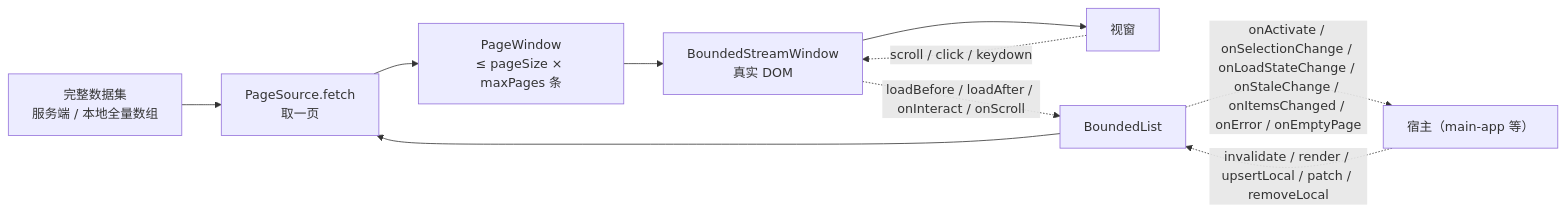
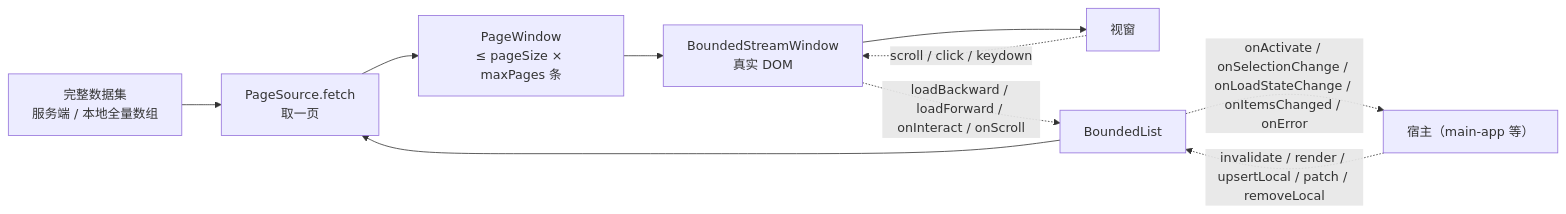
Before and after one commit to dacez/yimsg: the second of 5 diagrams in packages/uikit/docs/boundedlist/组件设计.md, drawn with Mermaid. The commit also changed other lines of this file and 5 other files, not shown here.

First line of the commit message:
docs(uikit): 同步 BoundedList 四批改动的文档

````diff
--- a/packages/uikit/docs/boundedlist/组件设计.md
+++ b/packages/uikit/docs/boundedlist/组件设计.md
@@ -111,15 +111,15 @@
 ```mermaid
 flowchart LR
     SRC["完整数据集<br/>服务端 / 本地全量数组"]
     PS["PageSource.fetch<br/>取一页"]
     PW["PageWindow<br/>≤ pageSize × maxPages 条"]
     SW["BoundedStreamWindow<br/>真实 DOM"]
     V["视窗"]
 
     SRC --> PS --> PW --> SW --> V
     V -. "scroll / click / keydown" .-> SW
-    SW -. "loadBefore / loadAfter / onInteract / onScroll" .-> BL["BoundedList"]
+    SW -. "loadBackward / loadForward / onInteract / onScroll" .-> BL["BoundedList"]
     BL --> PS
     HOST["宿主（main-app 等）"] -. "invalidate / render / upsertLocal / patch / removeLocal" .-> BL
-    BL -. "onActivate / onSelectionChange / onLoadStateChange / onStaleChange / onItemsChanged / onError / onEmptyPage" .-> HOST
+    BL -. "onActivate / onSelectionChange / onLoadStateChange / onItemsChanged / onError" .-> HOST
 ```
````
